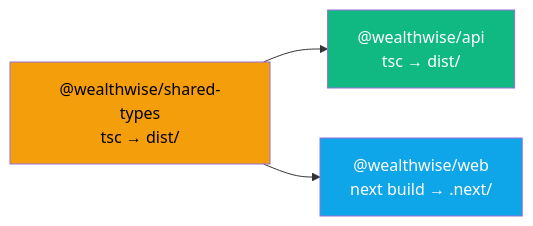
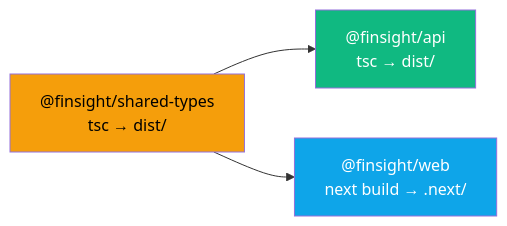
Before and after one commit to Swayam7Garg/Finsight: diagram 18 of 33 in DEVOPS.md, drawn with Mermaid. The commit also changed other lines of this file and 429 other files, not shown here.

````diff
--- a/DEVOPS.md
+++ b/DEVOPS.md
@@ -798,9 +798,9 @@
 ```mermaid
 graph LR
-    ST["@wealthwise/shared-types<br/>tsc → dist/"] --> API["@wealthwise/api<br/>tsc → dist/"]
-    ST --> WEB["@wealthwise/web<br/>next build → .next/"]
+    ST["@finsight/shared-types<br/>tsc → dist/"] --> API["@finsight/api<br/>tsc → dist/"]
+    ST --> WEB["@finsight/web<br/>next build → .next/"]
 
     style ST fill:#f59e0b,color:#000
     style API fill:#10b981,color:#fff
     style WEB fill:#0ea5e9,color:#fff
 ```
````
